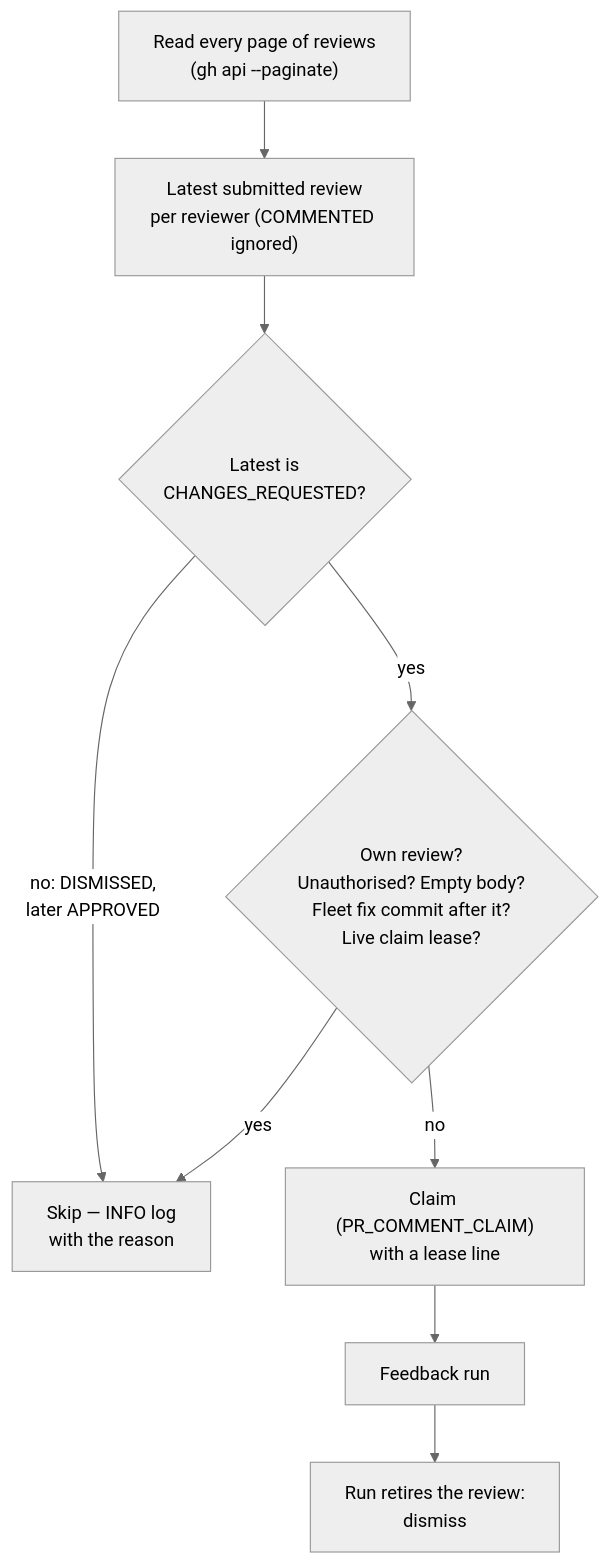
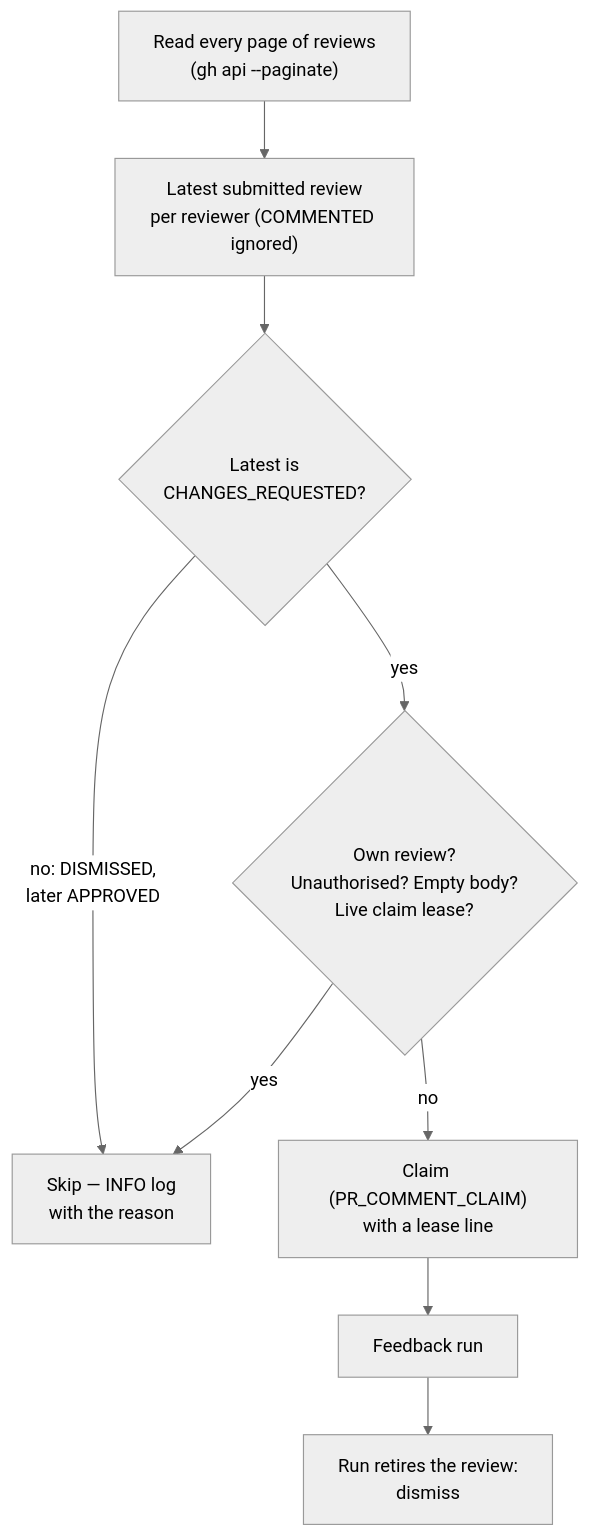
The second of 11 diagrams in docs/workflows/pr-feedback.md (stSoftwareAU/VibeCoder), drawn with Mermaid (neutral theme) before and after one commit. The commit also changed other lines of this file and 4 other files, not shown here.

````diff
--- a/docs/workflows/pr-feedback.md
+++ b/docs/workflows/pr-feedback.md
@@ -176,11 +176,11 @@
    ```mermaid
    flowchart TD
        R["Read every page of reviews<br/>(gh api --paginate)"] --> L["Latest submitted review<br/>per reviewer (COMMENTED ignored)"]
        L --> Q{"Latest is<br/>CHANGES_REQUESTED?"}
        Q -- "no: DISMISSED,<br/>later APPROVED" --> S["Skip — INFO log<br/>with the reason"]
-       Q -- yes --> O{"Own review?<br/>Unauthorised? Empty body?<br/>Fleet fix commit after it?<br/>Live claim lease?"}
+       Q -- yes --> O{"Own review?<br/>Unauthorised? Empty body?<br/>Live claim lease?"}
        O -- yes --> S
        O -- no --> C["Claim (PR_COMMENT_CLAIM)<br/>with a lease line"]
        C --> F["Feedback run"]
        F --> Ret["Run retires the review:<br/>dismiss"]
    ```
````
